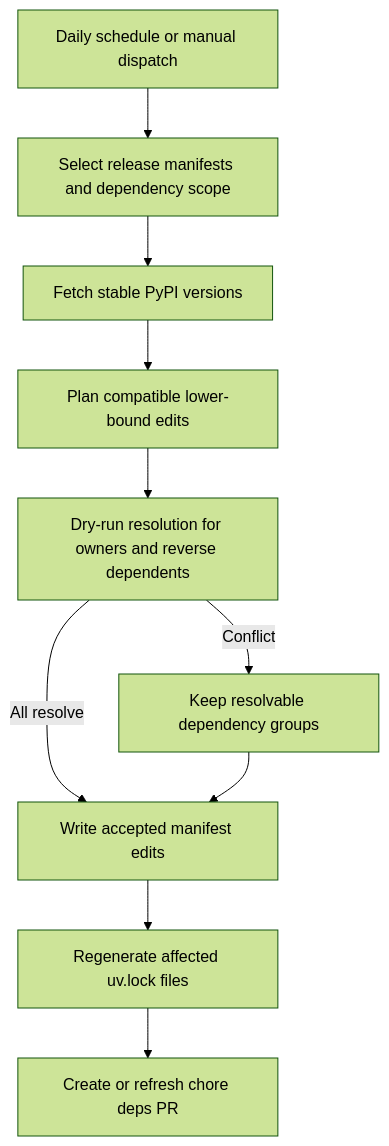
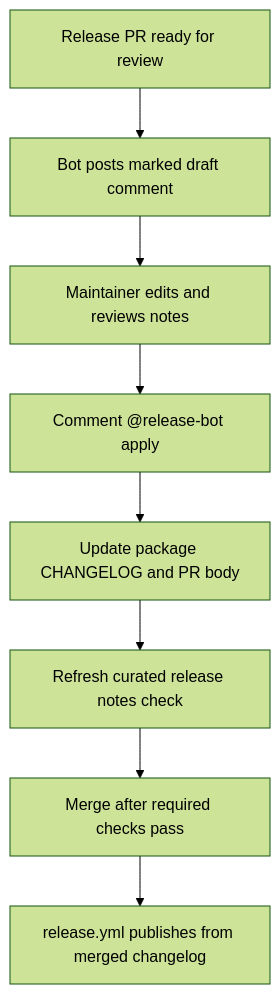
The second of 3 diagrams in openwiki/operations/development.md (langchain-ai/deepagents), drawn with Mermaid (forest theme) before and after one commit. The commit also changed other lines of this file and 38 other files, not shown here.

````diff
--- a/openwiki/operations/development.md
+++ b/openwiki/operations/development.md
@@ -157,12 +179,10 @@
 ```mermaid
 flowchart TD
-    Trigger["Daily schedule or manual dispatch"] --> Scope["Select release manifests and dependency scope"]
-    Scope --> Fetch["Fetch stable PyPI versions"]
-    Fetch --> Plan["Plan compatible lower-bound edits"]
-    Plan --> Resolution["Dry-run resolution for owners and reverse dependents"]
-    Resolution -->|"All resolve"| Write["Write accepted manifest edits"]
-    Resolution -->|"Conflict"| Select["Keep resolvable dependency groups"]
-    Select --> Write
-    Write --> Locks["Regenerate affected uv.lock files"]
-    Locks --> PR["Create or refresh chore deps PR"]
+    Ready["Release PR ready for review"] --> Draft["Bot posts marked draft comment"]
+    Draft --> Review["Maintainer edits and reviews notes"]
+    Review --> Apply["Comment @release-bot apply"]
+    Apply --> Changelog["Update package CHANGELOG and PR body"]
+    Changelog --> Gate["Refresh curated release notes check"]
+    Gate --> Merge["Merge after required checks pass"]
+    Merge --> Publish["release.yml publishes from merged changelog"]
 ```
````
